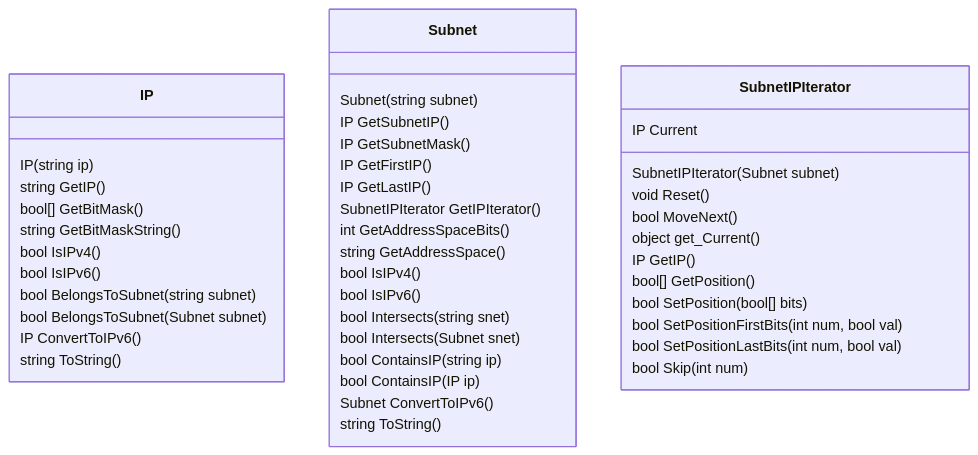
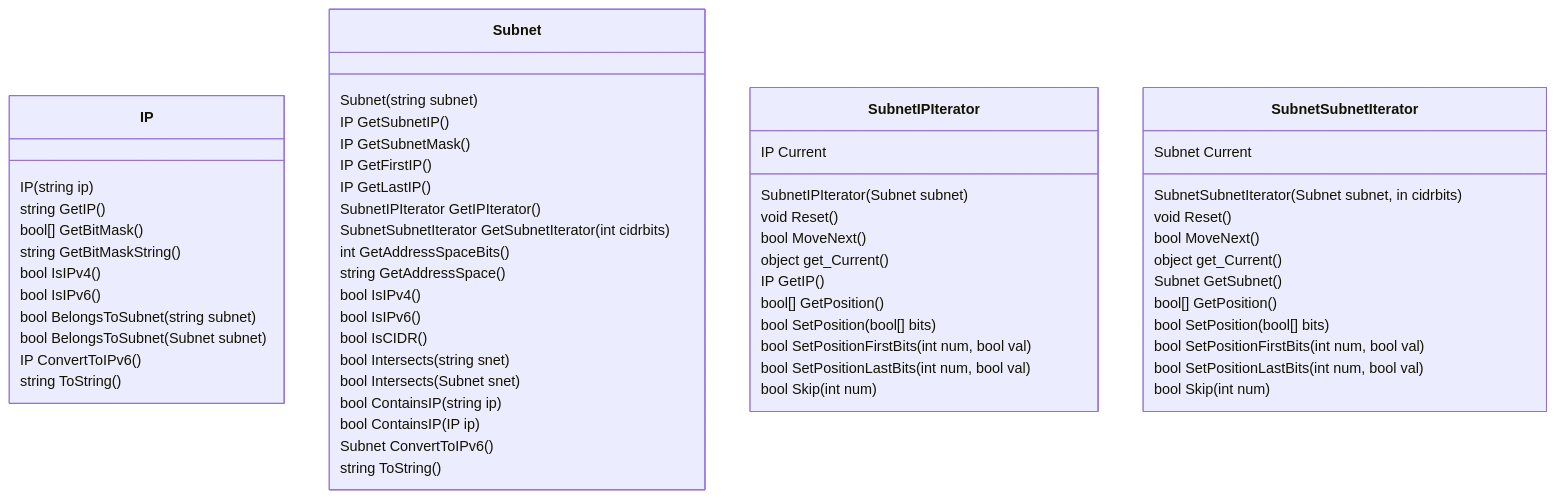
One commit to qxsch/powershell-ipnet changed the diagram in README.md. Above: the diagram before and after it, drawn with Mermaid. The commit also changed other lines of this file and 2 other files, not shown here.

Commit message:
added a new iterator to iterate sub subnets within a subnet

````diff
--- a/README.md
+++ b/README.md
@@ -11,47 +11,64 @@
 ```mermaid
 classDiagram
     class IP{
         IP(string ip)
         string GetIP()
         bool[] GetBitMask()
         string GetBitMaskString()
         bool IsIPv4()
         bool IsIPv6()
         bool BelongsToSubnet(string subnet)
         bool BelongsToSubnet(Subnet subnet)
         IP ConvertToIPv6()
         string ToString()
     }
+
     class Subnet {
         Subnet(string subnet)
         IP GetSubnetIP()
         IP GetSubnetMask()
         IP GetFirstIP()
         IP GetLastIP()
         SubnetIPIterator GetIPIterator()
+        SubnetSubnetIterator GetSubnetIterator(int cidrbits)
         int GetAddressSpaceBits()
         string GetAddressSpace()
         bool IsIPv4()
         bool IsIPv6()
+        bool IsCIDR()
         bool Intersects(string snet)
         bool Intersects(Subnet snet)
         bool ContainsIP(string ip)
         bool ContainsIP(IP ip)
         Subnet ConvertToIPv6()
         string ToString()
     }
 
     class SubnetIPIterator {
         IP Current
         SubnetIPIterator(Subnet subnet)
         void Reset()
         bool MoveNext()
         object get_Current()
         IP GetIP()
         bool[] GetPosition()
         bool SetPosition(bool[] bits)
         bool SetPositionFirstBits(int num, bool val)
         bool SetPositionLastBits(int num, bool val)
         bool Skip(int num)
     }
+
+    class SubnetSubnetIterator {
+        Subnet Current
+        SubnetSubnetIterator(Subnet subnet, in cidrbits)
+        void Reset()
+        bool MoveNext()
+        object get_Current()
+        Subnet GetSubnet()
+        bool[] GetPosition()
+        bool SetPosition(bool[] bits)
+        bool SetPositionFirstBits(int num, bool val)
+        bool SetPositionLastBits(int num, bool val)
+        bool Skip(int num)
+    }
 ```
````
